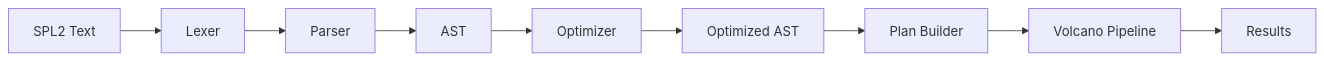
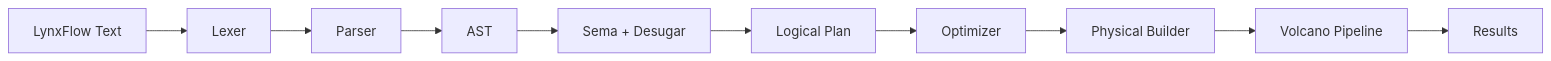
Before and after one commit to CrazyForks/lynxdb: the diagram in docs/site/docs/architecture/query-engine.md, drawn with Mermaid. The commit also changed other lines of this file and 66 other files, not shown here.

First line of the commit message:
fix: repair rsigma drift CI and finish the SPL2-to-LynxFlow docs sweep

````diff
--- a/docs/site/docs/architecture/query-engine.md
+++ b/docs/site/docs/architecture/query-engine.md
@@ -13,11 +13,12 @@
 ```mermaid
 flowchart LR
-    A["SPL2 Text"] --> B["Lexer"]
+    A["LynxFlow Text"] --> B["Lexer"]
     B --> C["Parser"]
     C --> D["AST"]
-    D --> E["Optimizer"]
-    E --> F["Optimized AST"]
-    F --> G["Plan Builder"]
-    G --> H["Volcano Pipeline"]
-    H --> I["Results"]
+    D --> E["Sema + Desugar"]
+    E --> F["Logical Plan"]
+    F --> G["Optimizer"]
+    G --> H["Physical Builder"]
+    H --> I["Volcano Pipeline"]
+    I --> J["Results"]
 ```
````
